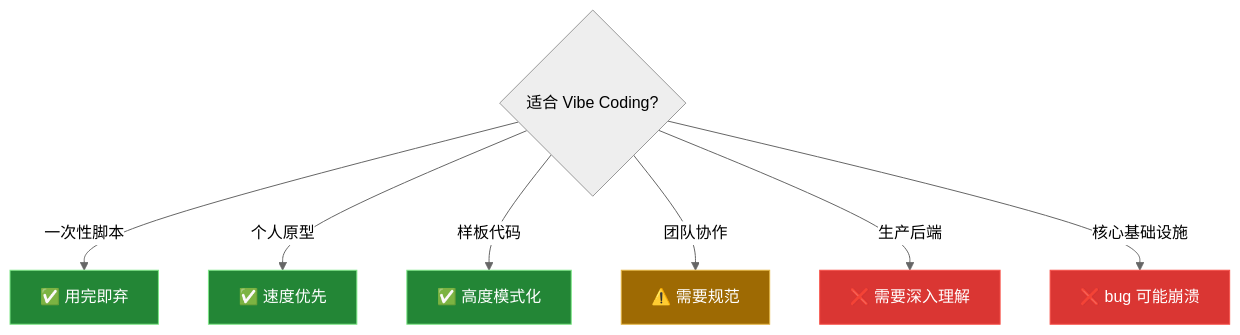
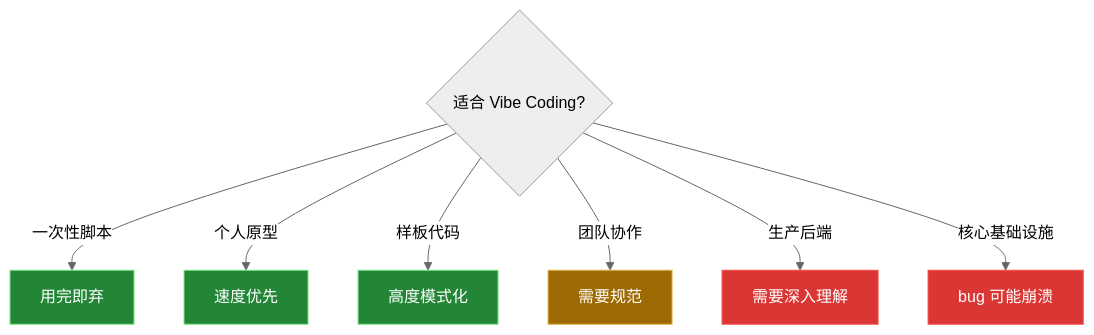
Before and after one commit to leohou0430/my-ai-stack: the eighth of 14 diagrams in README.md, drawn with Mermaid (neutral theme). The commit also changed other lines of this file and 2 other files, not shown here.

````diff
--- a/README.md
+++ b/README.md
@@ -194,16 +334,16 @@
 ```mermaid
 graph TB
     Start{"适合 Vibe Coding?"}
-    Start -->|"一次性脚本"| Y1["✅ 用完即弃"]
-    Start -->|"个人原型"| Y2["✅ 速度优先"]
-    Start -->|"样板代码"| Y3["✅ 高度模式化"]
-    Start -->|"团队协作"| M["⚠️ 需要规范"]
-    Start -->|"生产后端"| N1["❌ 需要深入理解"]
-    Start -->|"核心基础设施"| N2["❌ bug 可能崩溃"]
+    Start -->|"一次性脚本"| Y1["用完即弃"]
+    Start -->|"个人原型"| Y2["速度优先"]
+    Start -->|"样板代码"| Y3["高度模式化"]
+    Start -->|"团队协作"| M["需要规范"]
+    Start -->|"生产后端"| N1["需要深入理解"]
+    Start -->|"核心基础设施"| N2["bug 可能崩溃"]
     style Y1 fill:#238636,stroke:#7ee787,color:#fff
     style Y2 fill:#238636,stroke:#7ee787,color:#fff
     style Y3 fill:#238636,stroke:#7ee787,color:#fff
     style M fill:#9e6a03,stroke:#e3b341,color:#fff
     style N1 fill:#da3633,stroke:#f85149,color:#fff
     style N2 fill:#da3633,stroke:#f85149,color:#fff
 ```
````
